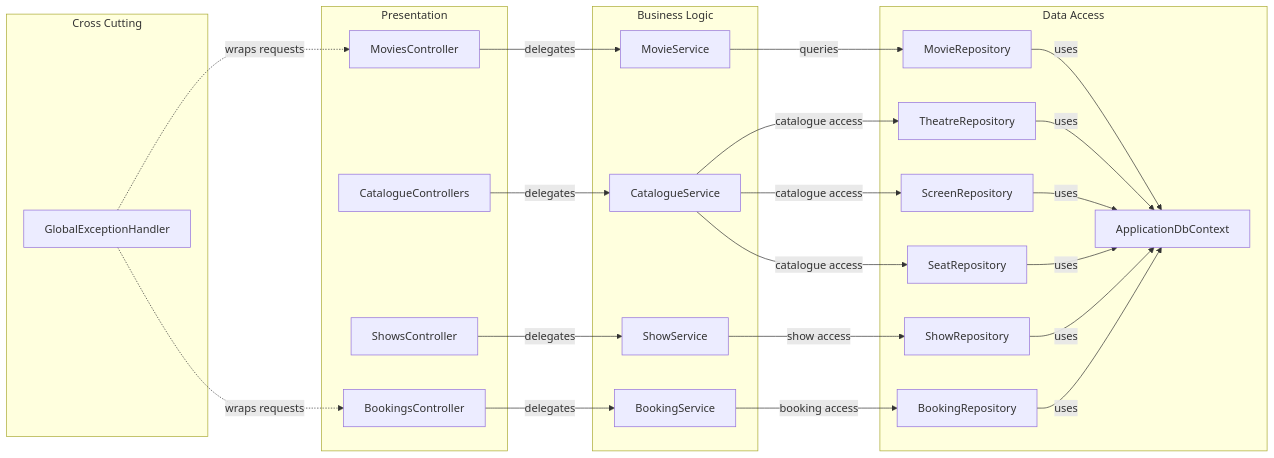
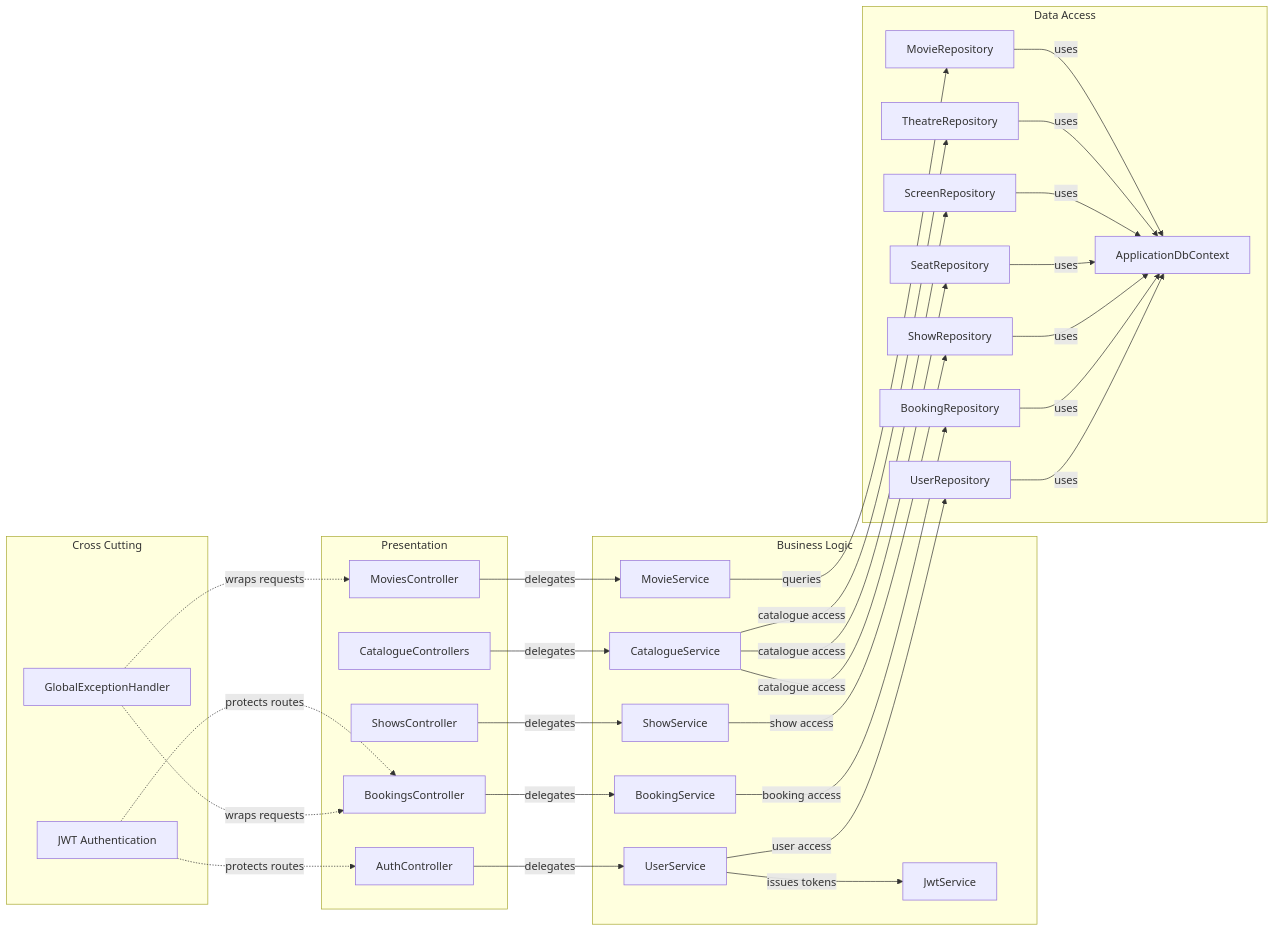
The second of 2 diagrams in C# & .net/MovieTicketBookingSystem/docs/architecture-diagram.md (the-AbdulRafik/Csharp-FullStack-Tutorial), drawn with Mermaid before and after one commit. The commit also changed other lines of this file and 30 other files, not shown here.

Commit message:
feat: complete JWT authentication and authorization

```diff
--- a/C# & .net/MovieTicketBookingSystem/docs/architecture-diagram.md
+++ b/C# & .net/MovieTicketBookingSystem/docs/architecture-diagram.md
@@ -56,46 +59,57 @@
 ~~~mermaid
 flowchart LR
     subgraph PresentationLayer["Presentation"]
         cMovies["MoviesController"]
         cCatalogue["CatalogueControllers"]
         cShows["ShowsController"]
         cBookings["BookingsController"]
+        cAuth["AuthController"]
     end
     subgraph BusinessLayer["Business Logic"]
         cMovieService["MovieService"]
         cCatalogueService["CatalogueService"]
         cShowService["ShowService"]
         cBookingService["BookingService"]
+        cUserService["UserService"]
+        cJwtService["JwtService"]
     end
     subgraph DataAccessLayer["Data Access"]
         cMovieRepository["MovieRepository"]
         cTheatreRepository["TheatreRepository"]
         cScreenRepository["ScreenRepository"]
         cSeatRepository["SeatRepository"]
         cShowRepository["ShowRepository"]
         cBookingRepository["BookingRepository"]
+        cUserRepository["UserRepository"]
         cDbContext["ApplicationDbContext"]
     end
     subgraph CrossCutting["Cross Cutting"]
         cErrors["GlobalExceptionHandler"]
+        cAuthMiddleware["JWT Authentication"]
     end
 
     cMovies -->|"delegates"| cMovieService
     cCatalogue -->|"delegates"| cCatalogueService
     cShows -->|"delegates"| cShowService
     cBookings -->|"delegates"| cBookingService
+    cAuth -->|"delegates"| cUserService
+    cUserService -->|"issues tokens"| cJwtService
+    cUserService -->|"user access"| cUserRepository
     cMovieService -->|"queries"| cMovieRepository
     cCatalogueService -->|"catalogue access"| cTheatreRepository
     cCatalogueService -->|"catalogue access"| cScreenRepository
     cCatalogueService -->|"catalogue access"| cSeatRepository
     cShowService -->|"show access"| cShowRepository
     cBookingService -->|"booking access"| cBookingRepository
     cMovieRepository -->|"uses"| cDbContext
     cTheatreRepository -->|"uses"| cDbContext
     cScreenRepository -->|"uses"| cDbContext
     cSeatRepository -->|"uses"| cDbContext
     cShowRepository -->|"uses"| cDbContext
     cBookingRepository -->|"uses"| cDbContext
+    cUserRepository -->|"uses"| cDbContext
+    cAuthMiddleware -.->|"protects routes"| cBookings
+    cAuthMiddleware -.->|"protects routes"| cAuth
     cErrors -.->|"wraps requests"| cMovies
     cErrors -.->|"wraps requests"| cBookings
 ~~~
```
